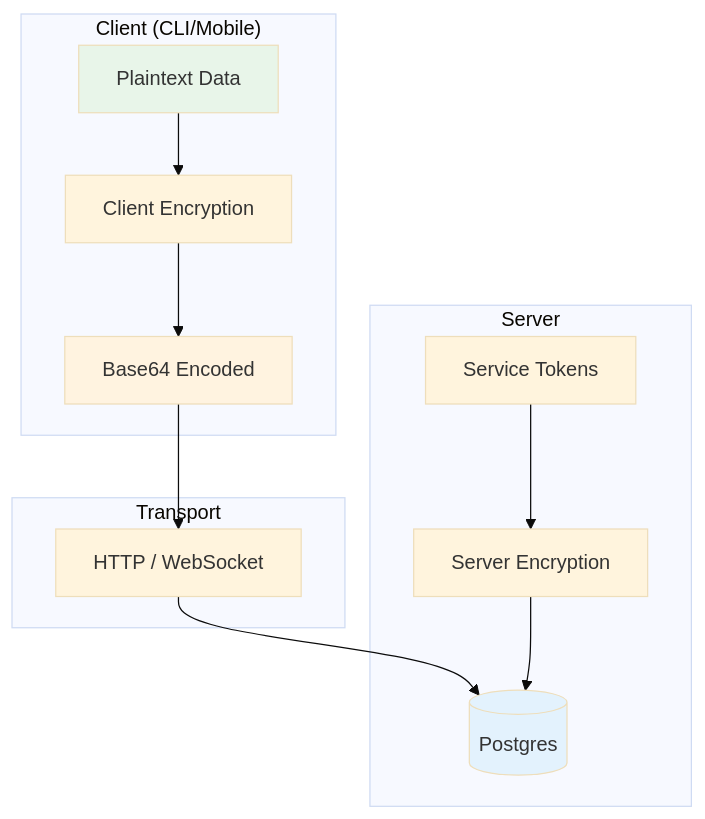
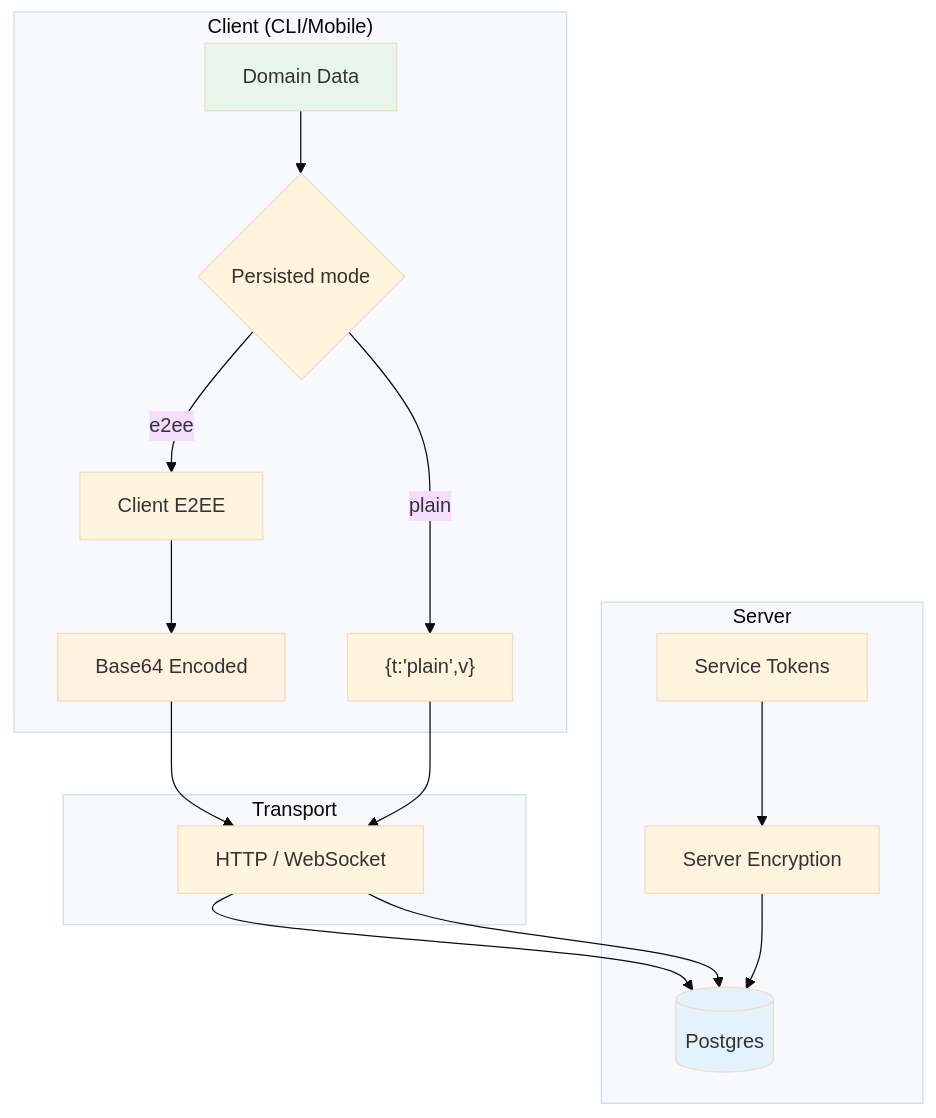
Before and after one commit to happier-dev/happier: the first of 12 diagrams in docs/encryption.md, drawn with Mermaid (base theme). The commit also changed other lines of this file and 36 other files, not shown here.

````diff
--- a/docs/encryption.md
+++ b/docs/encryption.md
@@ -9,25 +184,29 @@
 ```mermaid
 graph TB
     subgraph "Client (CLI/Mobile)"
-        Plain[Plaintext Data]
-        ClientEnc[Client Encryption]
+        Plain[Domain Data]
+        Mode{Persisted mode}
+        ClientEnc[Client E2EE]
+        PlainEnvelope["{t:'plain',v}"]
         B64[Base64 Encoded]
     end
 
     subgraph "Transport"
         Wire[HTTP / WebSocket]
     end
 
     subgraph "Server"
         Store[(Postgres)]
         ServerEnc[Server Encryption]
         Tokens[Service Tokens]
     end
 
-    Plain --> ClientEnc --> B64 --> Wire --> Store
+    Plain --> Mode
+    Mode -->|e2ee| ClientEnc --> B64 --> Wire --> Store
+    Mode -->|plain| PlainEnvelope --> Wire --> Store
     Tokens --> ServerEnc --> Store
 
     style Plain fill:#e8f5e9
     style B64 fill:#fff3e0
     style Store fill:#e3f2fd
 ```
````
